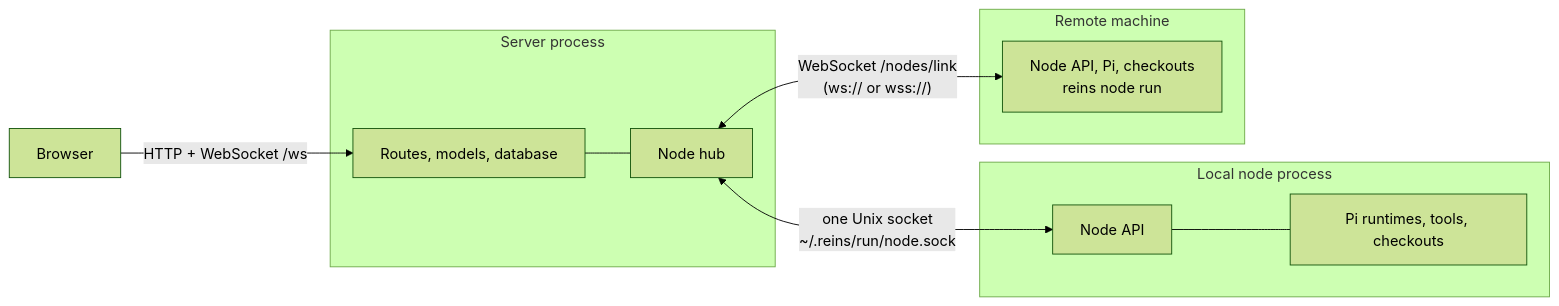
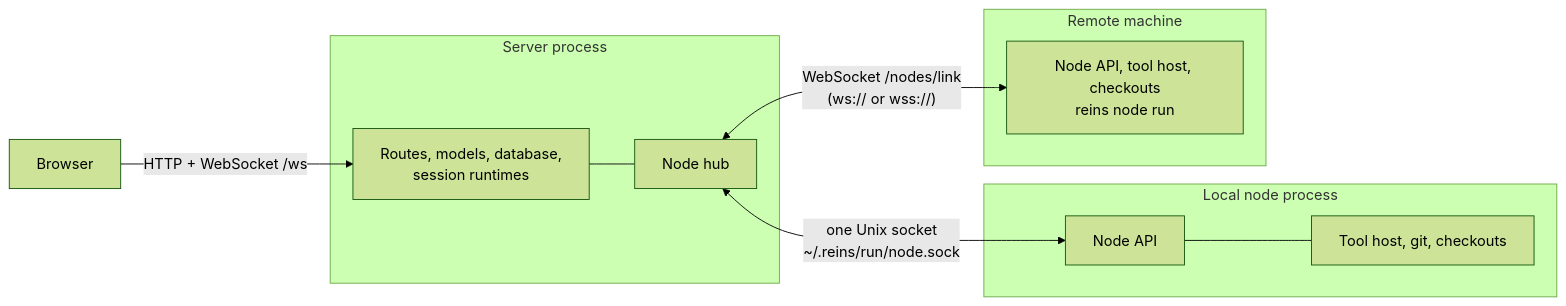
Before and after one commit to willtcarey/reins: the first of 9 diagrams in docs/dev/node-transport.md, drawn with Mermaid (forest theme). The commit also changed other lines of this file and 27 other files, not shown here.

````diff
--- a/docs/dev/node-transport.md
+++ b/docs/dev/node-transport.md
@@ -11,19 +11,19 @@
 ```mermaid
 graph LR
     Browser -->|HTTP + WebSocket /ws| Server
     subgraph Server process
-        Server[Routes, models, database]
+        Server[Routes, models, database,<br/>session runtimes]
         Hub[Node hub]
         Server --- Hub
     end
     subgraph Local node process
         Node[Node API]
-        Pi[Pi runtimes, tools, checkouts]
+        Pi[Tool host, git, checkouts]
         Node --- Pi
     end
     subgraph Remote machine
-        Remote[Node API, Pi, checkouts<br/>reins node run]
+        Remote[Node API, tool host, checkouts<br/>reins node run]
     end
     Hub <-->|"one Unix socket<br/>~/.reins/run/node.sock"| Node
     Hub <-->|"WebSocket /nodes/link<br/>(ws:// or wss://)"| Remote
 ```
````
